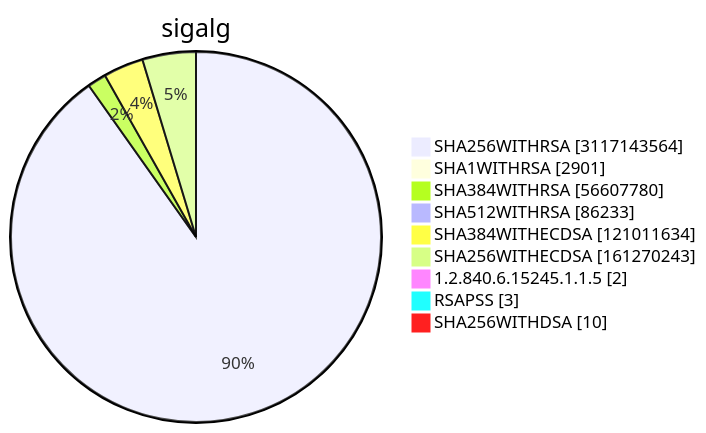
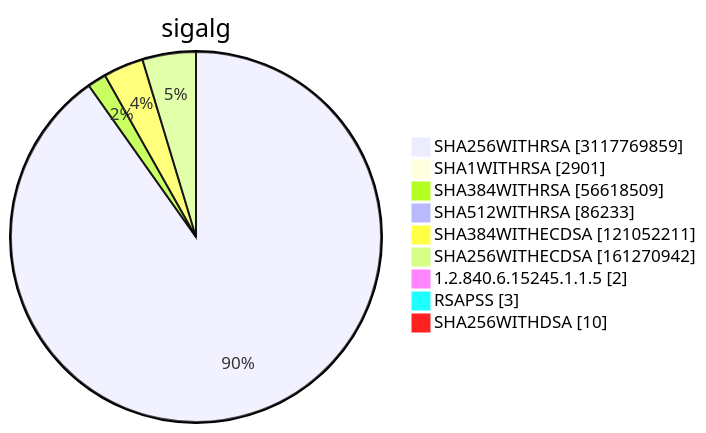
Diagram 15 of 15 in TOTAL/README.md (christiankrug/ctmonitor_visualization), drawn with Mermaid before and after one commit. The commit also changed other lines of this file, not shown here.

````diff
--- a/TOTAL/README.md
+++ b/TOTAL/README.md
@@ -6212,13 +6212,13 @@
 ```mermaid
 pie showData
 title sigalg
-"SHA256WITHRSA" :3117143564
+"SHA256WITHRSA" :3117769859
 "SHA1WITHRSA" :2901
-"SHA384WITHRSA" :56607780
+"SHA384WITHRSA" :56618509
 "SHA512WITHRSA" :86233
-"SHA384WITHECDSA" :121011634
-"SHA256WITHECDSA" :161270243
+"SHA384WITHECDSA" :121052211
+"SHA256WITHECDSA" :161270942
 "1.2.840.6.15245.1.1.5" :2
 "RSAPSS" :3
 "SHA256WITHDSA" :10
 ```
````
